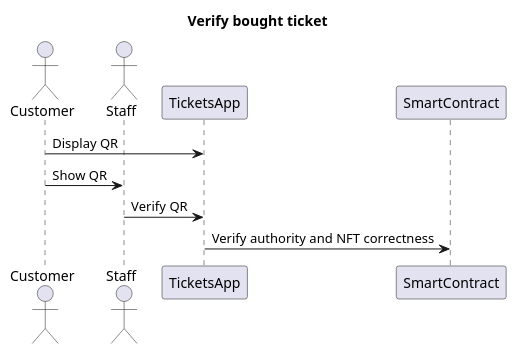
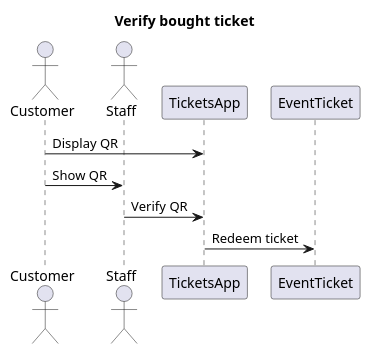
One commit to ai-shift/cyber-valley-tickets changed diagram 15 of 24 in README.org. Above: the diagram before and after it, drawn with PlantUML. The commit also changed other lines of this file and 20 other files, not shown here.

Commit message:
fix: Actualize diagrams

```diff
--- a/README.org
+++ b/README.org
@@ -409,13 +387,13 @@
 #+begin_src plantuml :file ./img/verify-bought-ticket.png
 title Verify bought ticket
 
 actor Customer
 actor Staff
 participant TicketsApp
-participant SmartContract
+participant EventTicket
 
 Customer -> TicketsApp: Display QR
 Customer -> Staff: Show QR
 Staff -> TicketsApp: Verify QR
-TicketsApp -> SmartContract: Verify authority and NFT correctness
+TicketsApp -> EventTicket: Redeem ticket
 #+end_src
```
